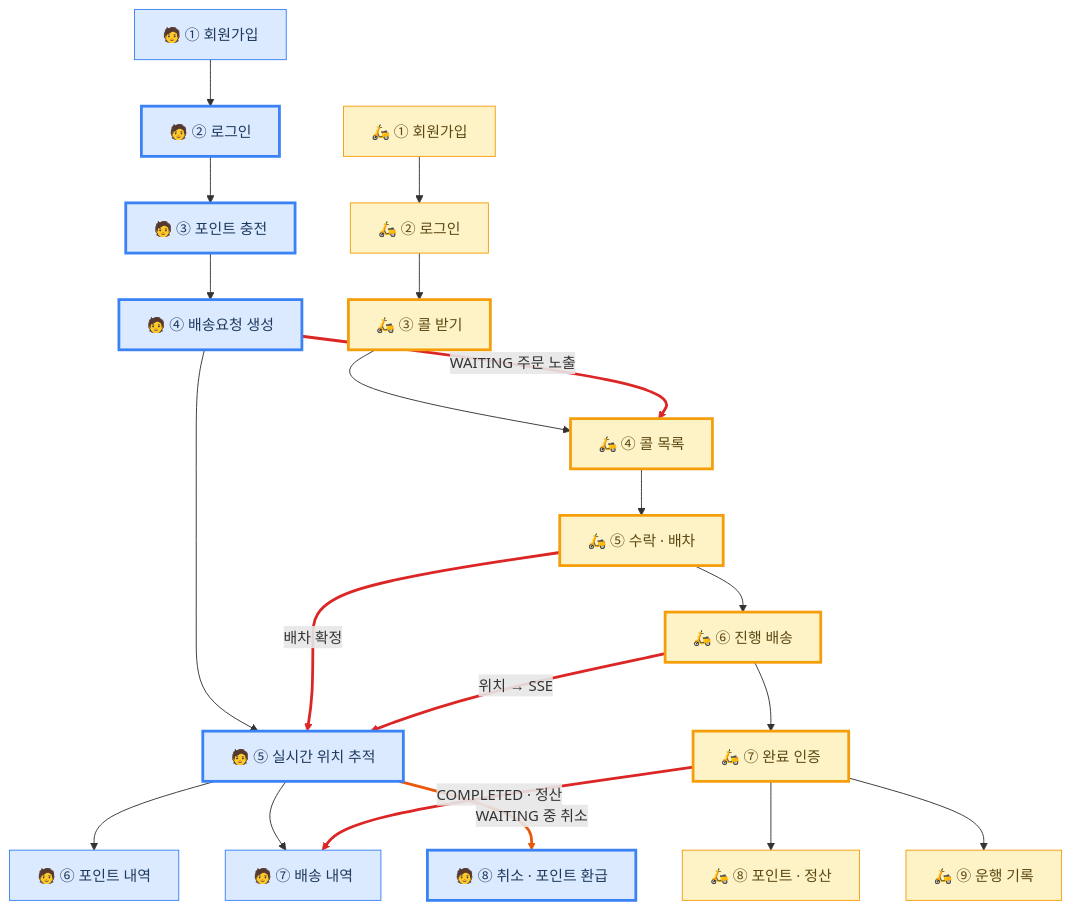
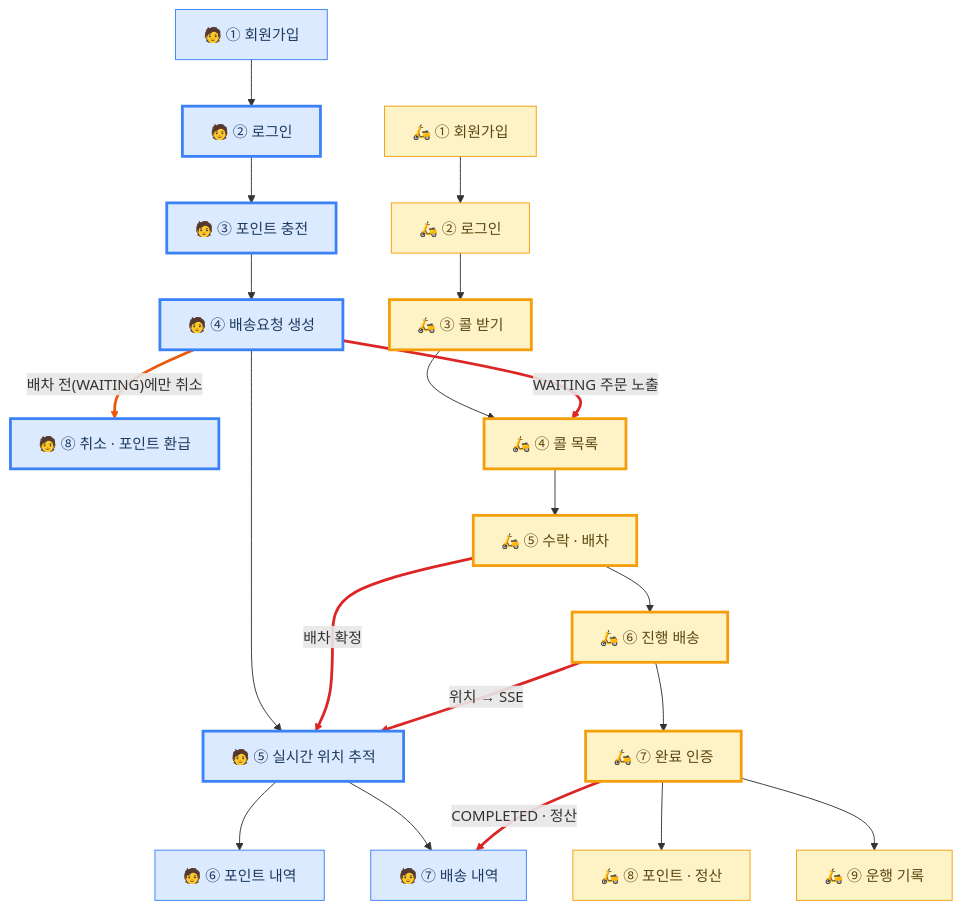
One commit to softeerbootcamp-8th/WEB-Team7-Turkey changed the first of 2 diagrams in docs/06-user-flow.md. Above: the diagram before and after it, drawn with Mermaid.

Commit message:
docs: 고객 취소 분기를 배송요청 생성(④)에서 갈라지게 수정
취소를 실시간 위치 추적(⑤)에서 갈라내면 "라이더를 추적하는 중에도 취소할 수
있다"로 읽힌다. 실제로는 배차 전(WAITING)에만 가능하다(사람 확인).

취소 버튼이 렌더되는 화면 자체는 여전히 추적 화면이다(tracking.tsx 의
canCancel = status === 'WAITING'). 흐름도는 화면 위치가 아니라 가능 조건을
보이는 쪽을 택했고, 실제 라우트는 3번 표에 그대로 적어 둬 어긋나지 않는다.

취소 엣지가 인덱스 6에서 4로 앞당겨져 linkStyle 도 함께 옮겼다.

Claude-Session: https://claude.ai/code/session_01D1Hn9yYj8Y5j72wwXqxBVw

````diff
--- a/docs/06-user-flow.md
+++ b/docs/06-user-flow.md
@@ -29,36 +29,36 @@
 ```mermaid
 flowchart TB
     C1["🧑 ① 회원가입"] --> C2["🧑 ② 로그인"] --> C3["🧑 ③ 포인트 충전"] --> C4["🧑 ④ 배송요청 생성"] --> C5["🧑 ⑤ 실시간 위치 추적"]
+    C4 -->|"배차 전(WAITING)에만 취소"| C8["🧑 ⑧ 취소 · 포인트 환급"]
     C5 --> C6["🧑 ⑥ 포인트 내역"]
     C5 --> C7["🧑 ⑦ 배송 내역"]
-    C5 -->|"WAITING 중 취소"| C8["🧑 ⑧ 취소 · 포인트 환급"]
 
     R1["🛵 ① 회원가입"] --> R2["🛵 ② 로그인"] --> R3["🛵 ③ 콜 받기"] --> R4["🛵 ④ 콜 목록"] --> R5["🛵 ⑤ 수락 · 배차"] --> R6["🛵 ⑥ 진행 배송"] --> R7["🛵 ⑦ 완료 인증"]
     R7 --> R8["🛵 ⑧ 포인트 · 정산"]
     R7 --> R9["🛵 ⑨ 운행 기록"]
 
     C4 -->|"WAITING 주문 노출"| R4
     R5 -->|"배차 확정"| C5
     R6 -->|"위치 → SSE"| C5
     R7 -->|"COMPLETED · 정산"| C7
 
     click C2 href "https://github.com/softeerbootcamp-8th/WEB-Team7-Turkey/wiki/ADR‐002-Redis-사용" "ADR-002 · 세션을 Redis에 저장"
     click C3 href "https://github.com/softeerbootcamp-8th/WEB-Team7-Turkey/wiki/TBD-포인트-충전-결제" "TBD · 포인트 충전 / PG 파사드"
     click C4 href "https://github.com/softeerbootcamp-8th/WEB-Team7-Turkey/wiki/TBD-주문-생성과-포인트-차감" "TBD · 요금 대조 + 포인트 차감 단일 트랜잭션"
     click C5 href "https://github.com/softeerbootcamp-8th/WEB-Team7-Turkey/wiki/ADR‐010:-위치-전달-방식(SSE)-부하테스트-검증" "ADR-010 · SSE vs Polling"
     click R3 href "https://github.com/softeerbootcamp-8th/WEB-Team7-Turkey/wiki/ADR‐003-라이더-상태와-배송-상태-분리" "ADR-003 · 라이더 상태와 배송 상태 분리"
     click R4 href "https://github.com/softeerbootcamp-8th/WEB-Team7-Turkey/wiki/TBD-배차-위치-검색-방향" "TBD · 주문 GEO 인덱싱 vs MySQL 쿼리"
     click R5 href "https://github.com/softeerbootcamp-8th/WEB-Team7-Turkey/wiki/ADR‐006-배차-동시성-처리" "ADR-006 · 조건부 UPDATE(CAS)"
     click R6 href "https://github.com/softeerbootcamp-8th/WEB-Team7-Turkey/wiki/ADR‐010:-위치-전달-방식(SSE)-부하테스트-검증" "ADR-010 · 위치 전송 · SSE 팬아웃"
     click R7 href "https://github.com/softeerbootcamp-8th/WEB-Team7-Turkey/wiki/TBD-배송-완료와-정산" "TBD · 완료 인증 + 정산 생성 트랜잭션"
     click C8 href "https://github.com/softeerbootcamp-8th/WEB-Team7-Turkey/wiki/TBD-고객-취소와-환급" "TBD · 취소=환급, 배차 전에만 허용"
 
     classDef cus fill:#dbeafe,stroke:#3b82f6,color:#1e3a5f
     classDef rid fill:#fef3c7,stroke:#f59e0b,color:#5c4813
     classDef adr stroke-width:3px
     class C1,C2,C3,C4,C5,C6,C7,C8 cus
     class R1,R2,R3,R4,R5,R6,R7,R8,R9 rid
     class C2,C3,C4,C5,C8,R3,R4,R5,R6,R7 adr
     linkStyle 15,16,17,18 stroke:#dc2626,stroke-width:3px
-    linkStyle 6 stroke:#ea580c,stroke-width:3px
+    linkStyle 4 stroke:#ea580c,stroke-width:3px
 ```
````
